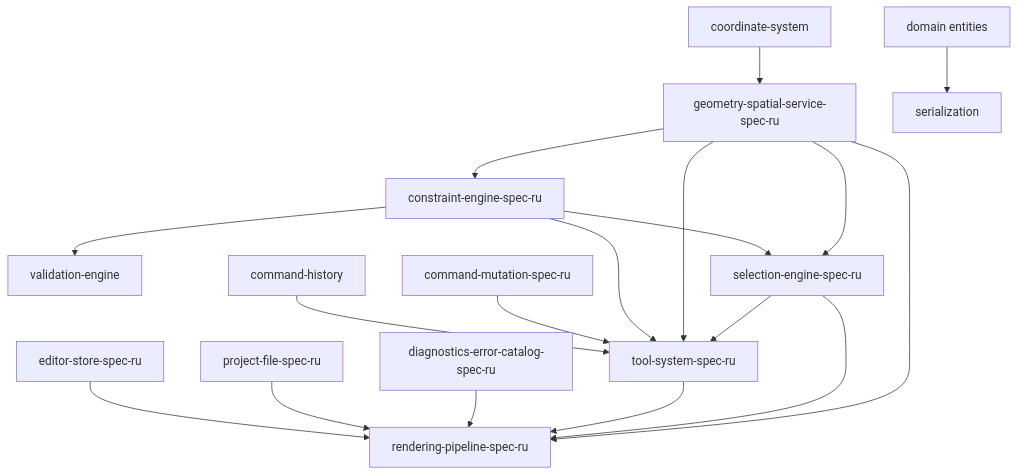
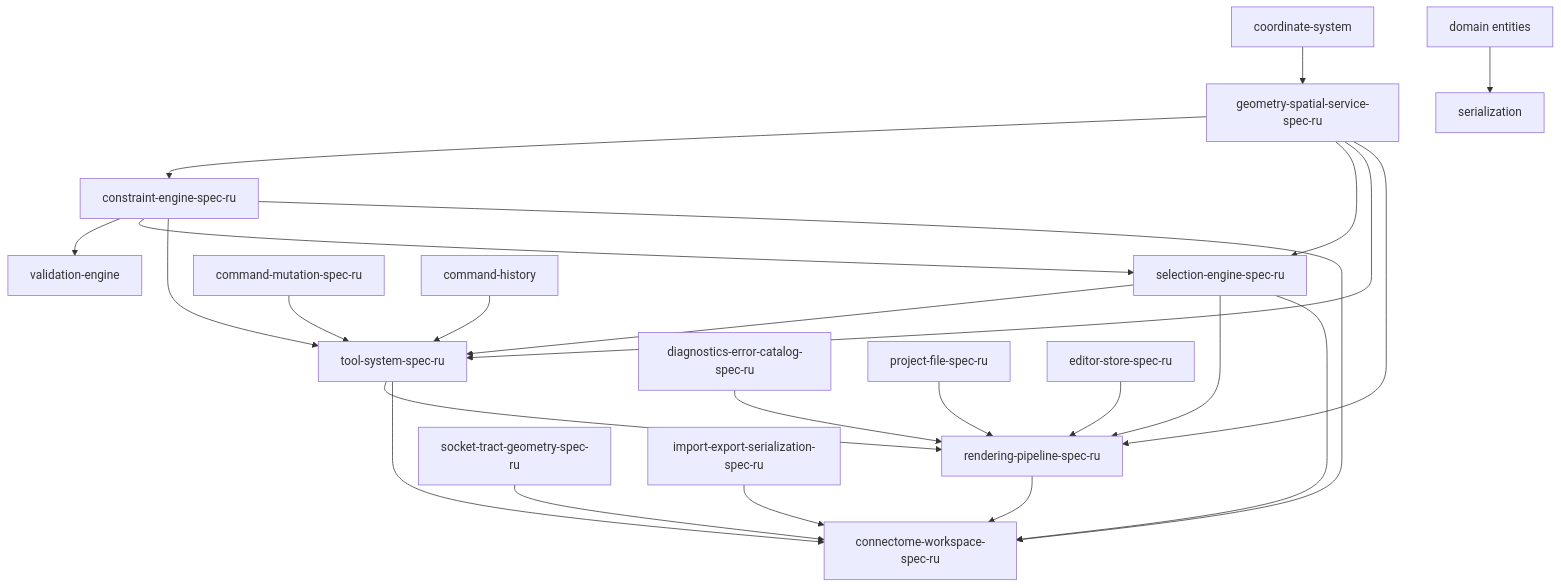
The diagram in AxiCAD/docs/INDEX.md (H4V1K-dev/axicor_enterprise), drawn with Mermaid before and after one commit. The commit also changed other lines of this file and 2 other files, not shown here.

Commit message:
docs: add connectome workspace specification and project index documentation

````diff
--- a/AxiCAD/docs/INDEX.md
+++ b/AxiCAD/docs/INDEX.md
@@ -118,20 +119,26 @@
 ```mermaid
 graph TD
     CS[coordinate-system] --> GSS[geometry-spatial-service-spec-ru]
     GSS --> CE[constraint-engine-spec-ru]
     CE --> VE[validation-engine]
     GSS --> SE[selection-engine-spec-ru]
     CE --> SE
     SE --> TS[tool-system-spec-ru]
     GSS --> TS
     CE --> TS
     CM[command-mutation-spec-ru] --> TS
     CH[command-history] --> TS
     GSS --> RP[rendering-pipeline-spec-ru]
     SE --> RP
     TS --> RP
     DEC[diagnostics-error-catalog-spec-ru] --> RP
     PF[project-file-spec-ru] --> RP
     ES[editor-store-spec-ru] --> RP
+    STG[socket-tract-geometry-spec-ru] --> CW[connectome-workspace-spec-ru]
+    SE --> CW
+    TS --> CW
+    CE --> CW
+    RP --> CW
+    IES[import-export-serialization-spec-ru] --> CW
     DOM[domain entities] --> SER[serialization]
 ```
````
